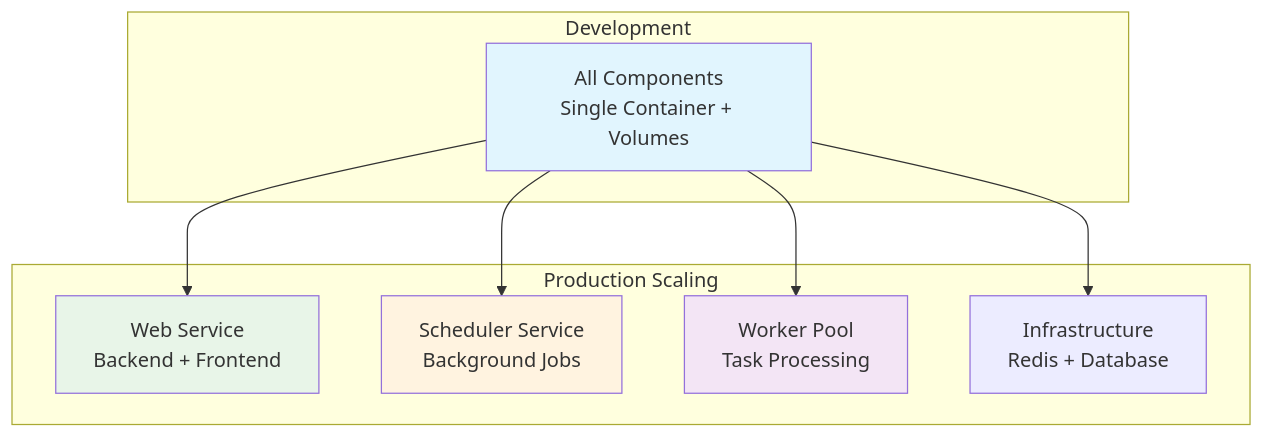
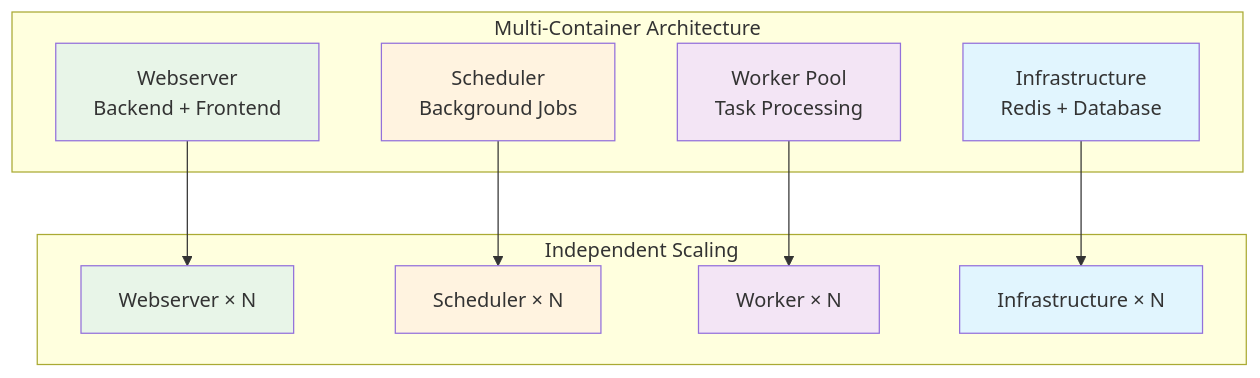
Before and after one commit to bhardwajRahul/aegis-stack: the second of 2 diagrams in docs/components/index.md, drawn with Mermaid. The commit also changed other lines of this file and 53 other files, not shown here.

````diff
--- a/docs/components/index.md
+++ b/docs/components/index.md
@@ -59,23 +59,30 @@
 ```mermaid
 graph TB
-    subgraph "Development"
-        A1[All Components<br/>Single Container + Volumes]
+    subgraph "Multi-Container Architecture"
+        A1[Webserver<br/>Backend + Frontend]
+        A2[Scheduler<br/>Background Jobs]
+        A3[Worker Pool<br/>Task Processing]
+        A4[Infrastructure<br/>Redis + Database]
     end
-    
-    subgraph "Production Scaling"
-        B1[Web Service<br/>Backend + Frontend]
-        B2[Scheduler Service<br/>Background Jobs]
-        B3[Worker Pool<br/>Task Processing]
-        B4[Infrastructure<br/>Redis + Database]
+
+    subgraph "Independent Scaling"
+        B1[Webserver × N]
+        B2[Scheduler × N]
+        B3[Worker × N]
+        B4[Infrastructure × N]
     end
-    
+
     A1 --> B1
-    A1 --> B2
-    A1 --> B3
-    A1 --> B4
-    
-    style A1 fill:#e1f5fe
+    A2 --> B2
+    A3 --> B3
+    A4 --> B4
+
+    style A1 fill:#e8f5e8
+    style A2 fill:#fff3e0
+    style A3 fill:#f3e5f5
+    style A4 fill:#e1f5fe
     style B1 fill:#e8f5e8
     style B2 fill:#fff3e0
     style B3 fill:#f3e5f5
+    style B4 fill:#e1f5fe
 ```
````
